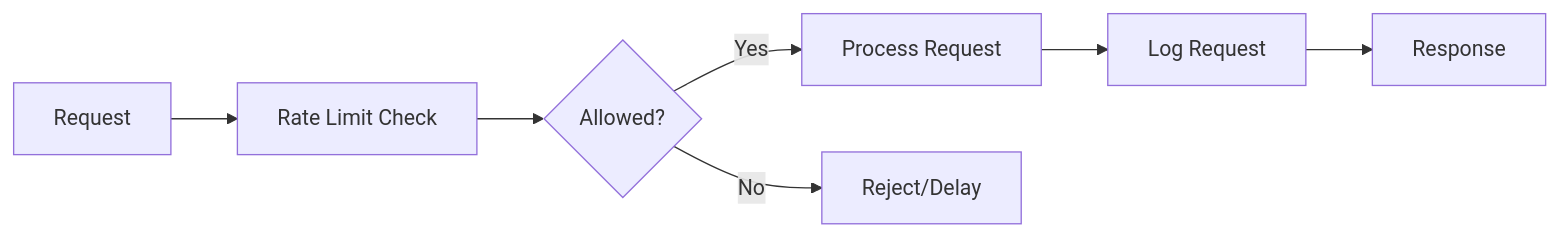
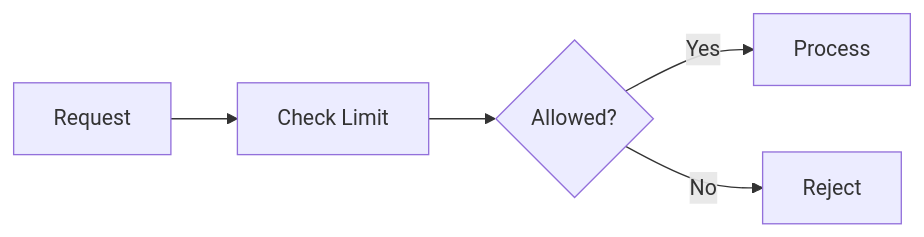
Before and after one commit to wisrovi/wpipe: the first of 5 diagrams in examples/api_pipeline/11_rate_limiting/README.md, drawn with Mermaid. The commit also changed other lines of this file and 20 other files, not shown here.

First line of the commit message:
Simplify Mermaid diagrams for better rendering

````diff
--- a/examples/api_pipeline/11_rate_limiting/README.md
+++ b/examples/api_pipeline/11_rate_limiting/README.md
@@ -14,9 +14,7 @@
 ```mermaid
 graph LR
-    A[Request] --> B[Rate Limit Check]
+    A[Request] --> B[Check Limit]
     B --> C{Allowed?}
-    C -->|Yes| D[Process Request]
-    C -->|No| E[Reject/Delay]
-    D --> F[Log Request]
-    F --> G[Response]
+    C -->|Yes| D[Process]
+    C -->|No| E[Reject]
 ```
````
